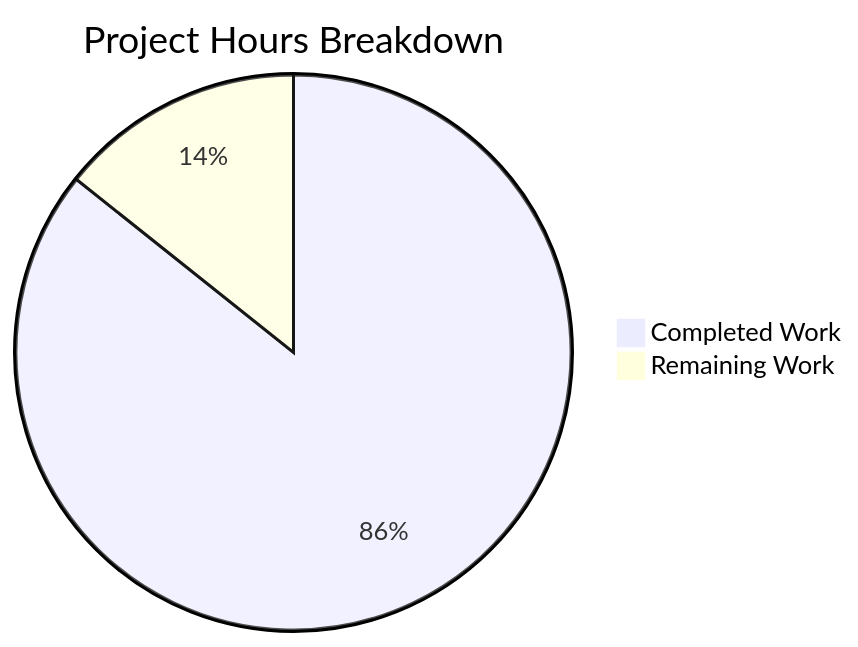
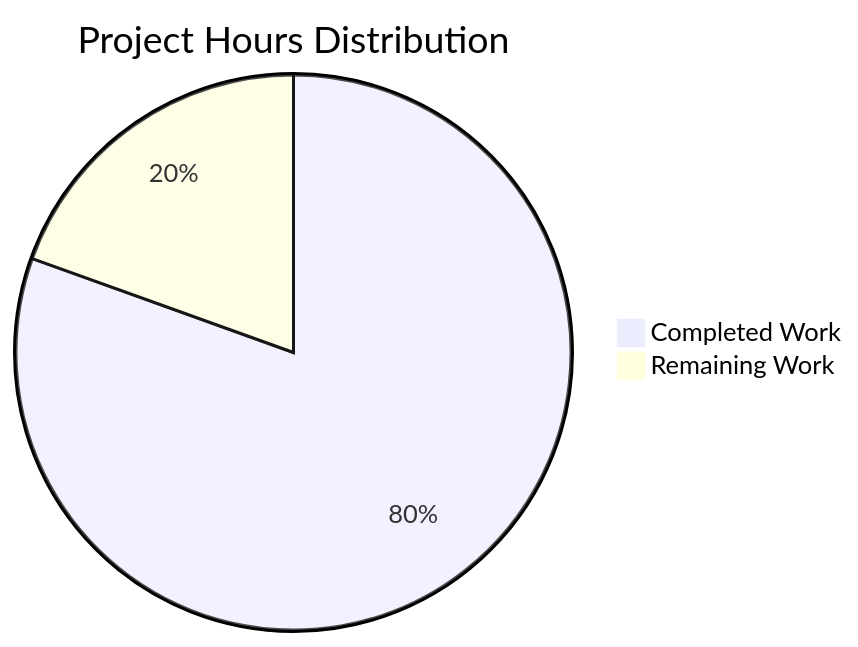
One commit to lakshya-blitzy/Dec_repo_with_valid_mul_files changed the diagram in blitzy/documentation/Project Guide.md. Above: the diagram before and after it, drawn with Mermaid. The commit also changed other lines of this file, not shown here.

Commit message:
Adding Blitzy Project Guide: Project Status and Human Tasks Remaining

````diff
--- a/blitzy/documentation/Project Guide.md
+++ b/blitzy/documentation/Project Guide.md
@@ -31,5 +53,5 @@
 ```mermaid
-pie title Project Hours Breakdown
-    "Completed Work" : 30
-    "Remaining Work" : 5
+pie title Project Hours Distribution
+    "Completed Work" : 33
+    "Remaining Work" : 8
 ```
````
